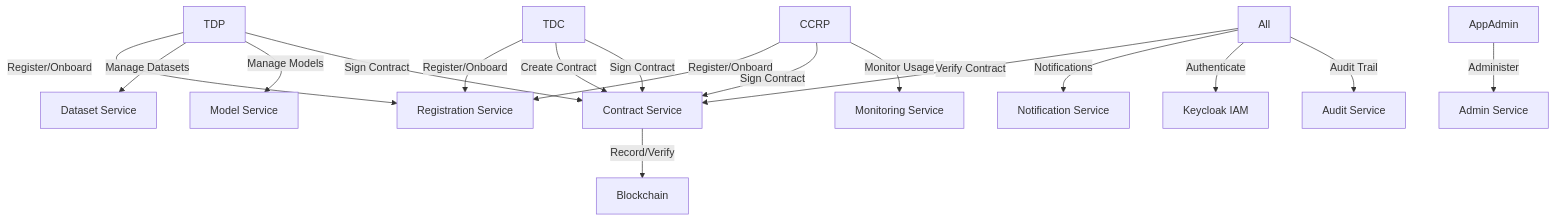
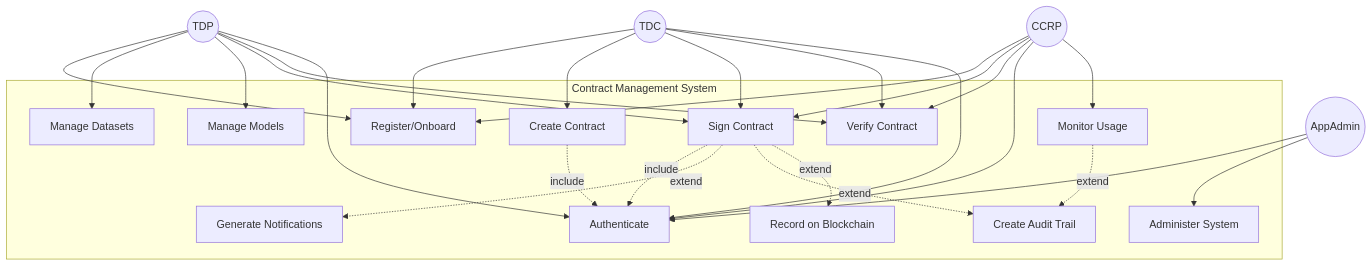
The first of 16 diagrams in UML_4PLUS1_ARCHITECTURE_DOCUMENTATION.md (gitmujoshi/Confidential-AI-Network), drawn with Mermaid before and after one commit. The commit also changed other lines of this file, not shown here.

First line of the commit message:
Enhanced UML 4+1 Architecture Documentation with improved diagrams and readability

````diff
--- a/UML_4PLUS1_ARCHITECTURE_DOCUMENTATION.md
+++ b/UML_4PLUS1_ARCHITECTURE_DOCUMENTATION.md
@@ -70,19 +70,66 @@
 ```mermaid
 graph TD
-    TDP -- Register/Onboard --> REG[Registration Service]
-    TDC -- Register/Onboard --> REG
-    CCRP -- Register/Onboard --> REG
-    TDP -- Manage Datasets --> DS[Dataset Service]
-    TDP -- Manage Models --> MS[Model Service]
-    TDC -- Create Contract --> CS[Contract Service]
-    TDP -- Sign Contract --> CS
-    CCRP -- Sign Contract --> CS
-    TDC -- Sign Contract --> CS
-    All -- Verify Contract --> CS
-    All -- Notifications --> NS[Notification Service]
-    AppAdmin -- Administer --> ADM[Admin Service]
-    All -- Authenticate --> IAM[Keycloak IAM]
-    CS -- Record/Verify --> BC[Blockchain]
-    All -- Audit Trail --> AUD[Audit Service]
-    CCRP -- Monitor Usage --> MON[Monitoring Service]
+    %% Actors (stick figures in UML)
+    TDP((TDP))
+    TDC((TDC))
+    CCRP((CCRP))
+    AppAdmin((AppAdmin))
+    
+    %% Use Cases (ovals in UML)
+    UC1[Register/Onboard]
+    UC2[Manage Datasets]
+    UC3[Manage Models]
+    UC4[Create Contract]
+    UC5[Sign Contract]
+    UC6[Verify Contract]
+    UC7[Authenticate]
+    UC8[Administer System]
+    UC9[Monitor Usage]
+    UC10[Generate Notifications]
+    UC11[Create Audit Trail]
+    UC12[Record on Blockchain]
+    
+    %% System Boundary
+    subgraph System["Contract Management System"]
+        UC1
+        UC2
+        UC3
+        UC4
+        UC5
+        UC6
+        UC7
+        UC8
+        UC9
+        UC10
+        UC11
+        UC12
+    end
+    
+    %% Actor to Use Case Associations
+    TDP --> UC1
+    TDC --> UC1
+    CCRP --> UC1
+    TDP --> UC2
+    TDP --> UC3
+    TDC --> UC4
+    TDP --> UC5
+    TDC --> UC5
+    CCRP --> UC5
+    TDP --> UC6
+    TDC --> UC6
+    CCRP --> UC6
+    TDP --> UC7
+    TDC --> UC7
+    CCRP --> UC7
+    AppAdmin --> UC7
+    AppAdmin --> UC8
+    CCRP --> UC9
+    
+    %% Include/Extend Relationships
+    UC4 -.->|include| UC7
+    UC5 -.->|include| UC7
+    UC5 -.->|extend| UC10
+    UC5 -.->|extend| UC11
+    UC5 -.->|extend| UC12
+    UC9 -.->|extend| UC11
 ```
````
